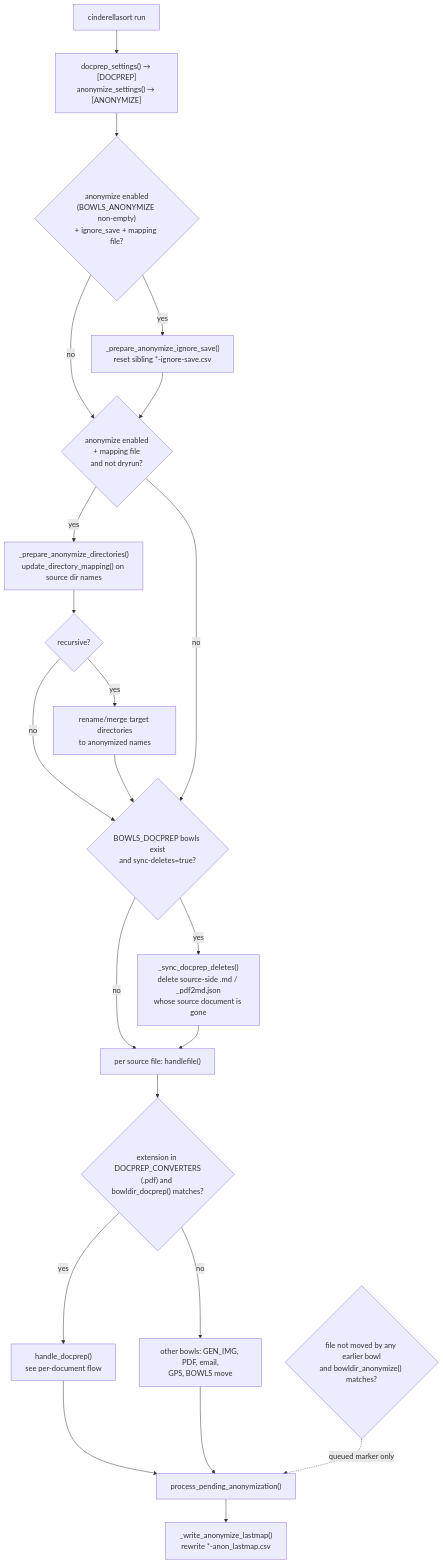
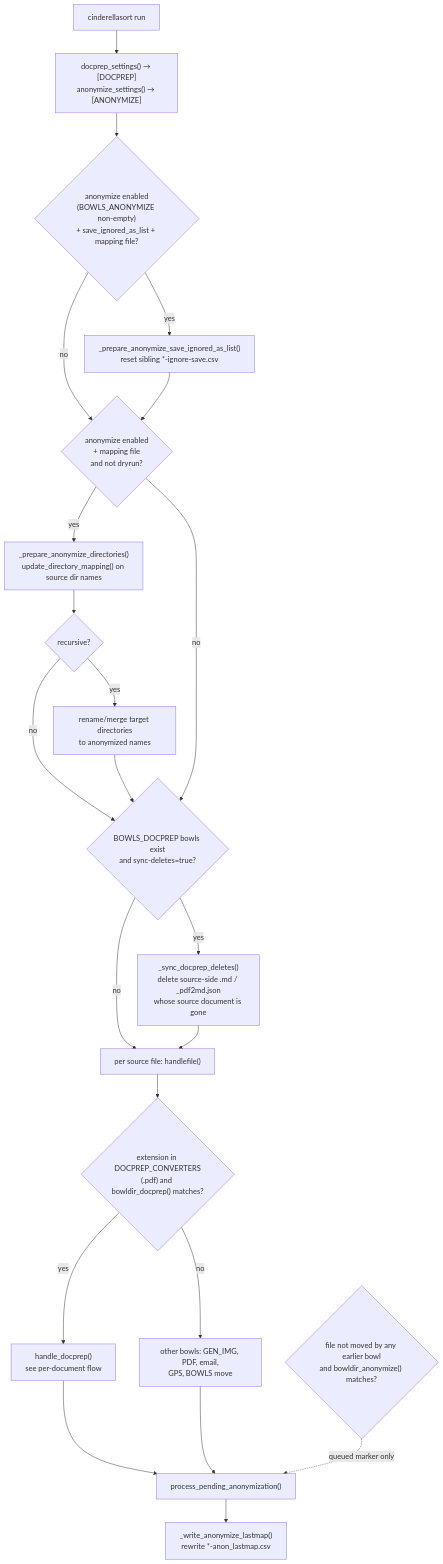
One commit to ManfredWisniewski/wit_pytools changed the first of 4 diagrams in README_cinderallasort-flow.md. Above: the diagram before and after it, drawn with Mermaid. The commit also changed other lines of this file and 17 other files, not shown here.

Commit message:
rename ignore_save to save_ignored_as_list and add ignore_locations/ignore_corporate filters with asset-based location/company name detection

````diff
--- a/README_cinderallasort-flow.md
+++ b/README_cinderallasort-flow.md
@@ -9,25 +9,25 @@
 ```mermaid
 flowchart TD
     A["cinderellasort run"] --> B["docprep_settings() → [DOCPREP]<br/>anonymize_settings() → [ANONYMIZE]"]
-    B --> C{"anonymize enabled<br/>(BOWLS_ANONYMIZE non-empty)<br/>+ ignore_save + mapping file?"}
-    C -- yes --> D["_prepare_anonymize_ignore_save()<br/>reset sibling *-ignore-save.csv"]
+    B --> C{"anonymize enabled<br/>(BOWLS_ANONYMIZE non-empty)<br/>+ save_ignored_as_list + mapping file?"}
+    C -- yes --> D["_prepare_anonymize_save_ignored_as_list()<br/>reset sibling *-ignore-save.csv"]
     C -- no --> E
     D --> E{"anonymize enabled<br/>+ mapping file<br/>and not dryrun?"}
     E -- yes --> F["_prepare_anonymize_directories()<br/>update_directory_mapping() on source dir names"]
     F --> G{"recursive?"}
     G -- yes --> H["rename/merge target directories<br/>to anonymized names"]
     G -- no --> I
     H --> I
     E -- no --> I
     I{"BOWLS_DOCPREP bowls exist<br/>and sync-deletes=true?"}
     I -- yes --> J["_sync_docprep_deletes()<br/>delete source-side .md / _pdf2md.json<br/>whose source document is gone"]
     I -- no --> K
     J --> K["per source file: handlefile()"]
     K --> L{"extension in DOCPREP_CONVERTERS<br/>(.pdf) and bowldir_docprep() matches?"}
     L -- yes --> M["handle_docprep()<br/>see per-document flow"]
     L -- no --> N["other bowls: GEN_IMG, PDF, email,<br/>GPS, BOWLS move"]
     M --> O["process_pending_anonymization()"]
     N --> O
     N2{"file not moved by any earlier bowl<br/>and bowldir_anonymize() matches?"} -.->|"queued marker only"| O
     O --> P["_write_anonymize_lastmap()<br/>rewrite *-anon_lastmap.csv"]
 ```
````
